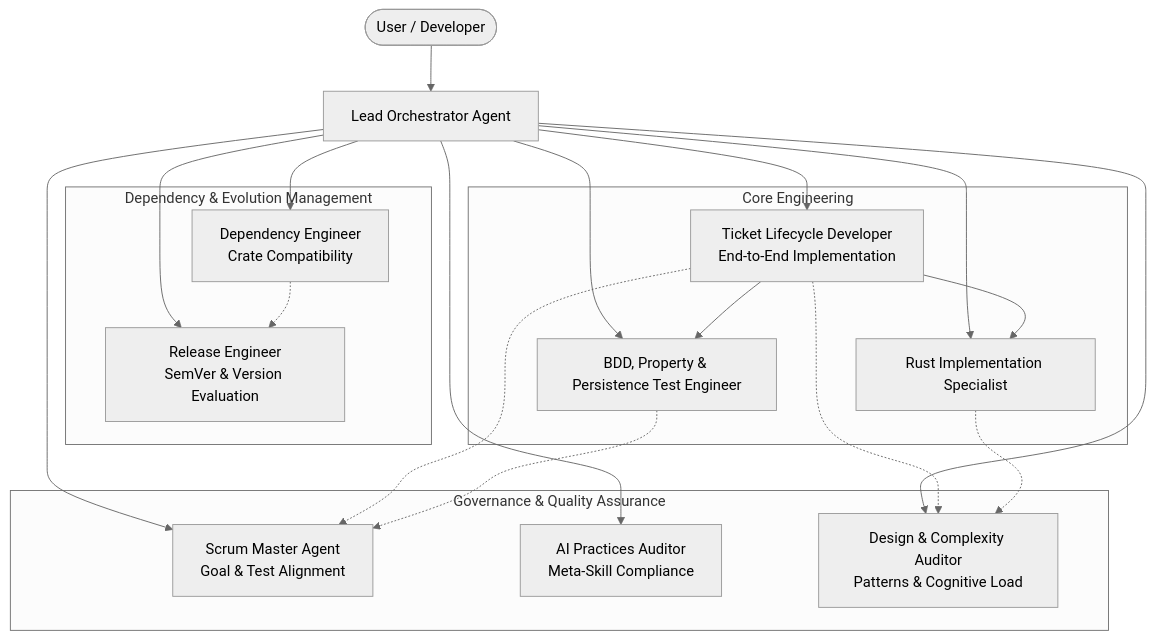
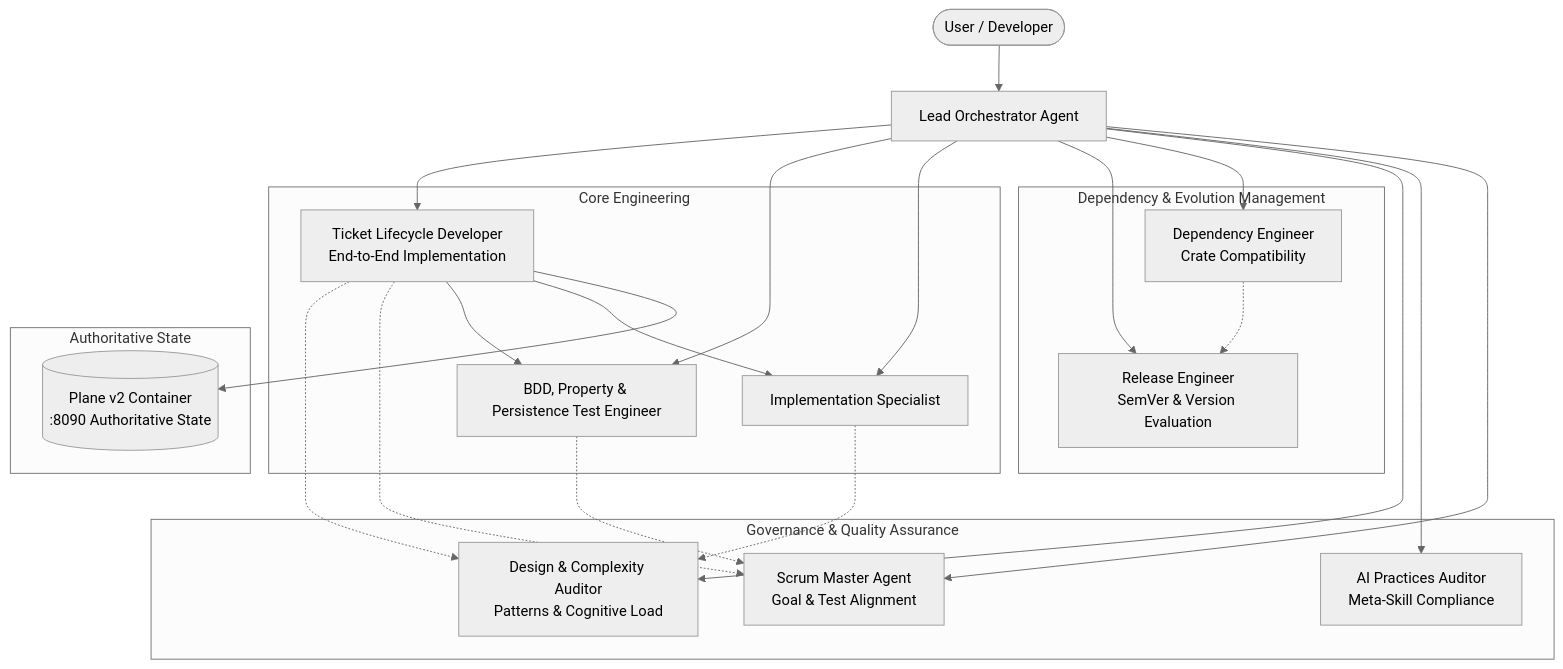
One commit to yasuomaidana/dendrite changed the first of 2 diagrams in AGENTS.md. Above: the diagram before and after it, drawn with Mermaid (neutral theme). The commit also changed other lines of this file and 22 other files, not shown here.

````diff
--- a/AGENTS.md
+++ b/AGENTS.md
@@ -16,38 +17,43 @@
 ```mermaid
 flowchart TD
     User([User / Developer]) --> Orchestrator[Lead Orchestrator Agent]
     
     subgraph "Governance & Quality Assurance"
         SM[Scrum Master Agent<br/>Goal & Test Alignment]
         Audit[AI Practices Auditor<br/>Meta-Skill Compliance]
         Arch[Design & Complexity Auditor<br/>Patterns & Cognitive Load]
     end
 
     subgraph "Dependency & Evolution Management"
         CrateEng[Dependency Engineer<br/>Crate Compatibility]
         VersionEng[Release Engineer<br/>SemVer & Version Evaluation]
     end
 
     subgraph "Core Engineering"
-        Builder[Rust Implementation Specialist]
+        Builder[Implementation Specialist]
         Tester[BDD, Property & Persistence Test Engineer]
         Lifecycle[Ticket Lifecycle Developer<br/>End-to-End Implementation]
+    end
+
+    subgraph "Authoritative State"
+        Plane[(Plane v2 Container<br/>:8090 Authoritative State)]
     end
 
     Orchestrator --> SM
     Orchestrator --> Audit
     Orchestrator --> Arch
     Orchestrator --> CrateEng
     Orchestrator --> VersionEng
     Orchestrator --> Builder
     Orchestrator --> Tester
     Orchestrator --> Lifecycle
 
+    Lifecycle --> Plane
     Lifecycle --> Builder
     Lifecycle --> Tester
     Lifecycle -.-> SM
     Lifecycle -.-> Arch
     Builder -.-> Arch
     Tester -.-> SM
     CrateEng -.-> VersionEng
 ```
````
